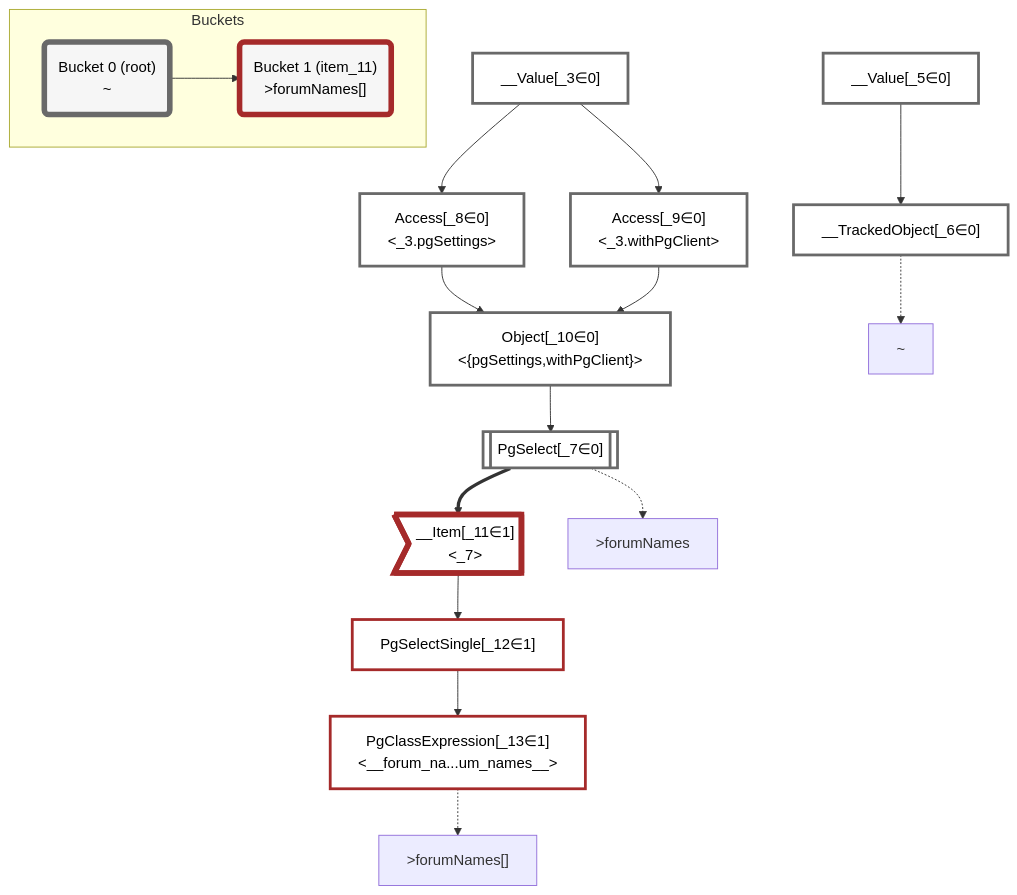
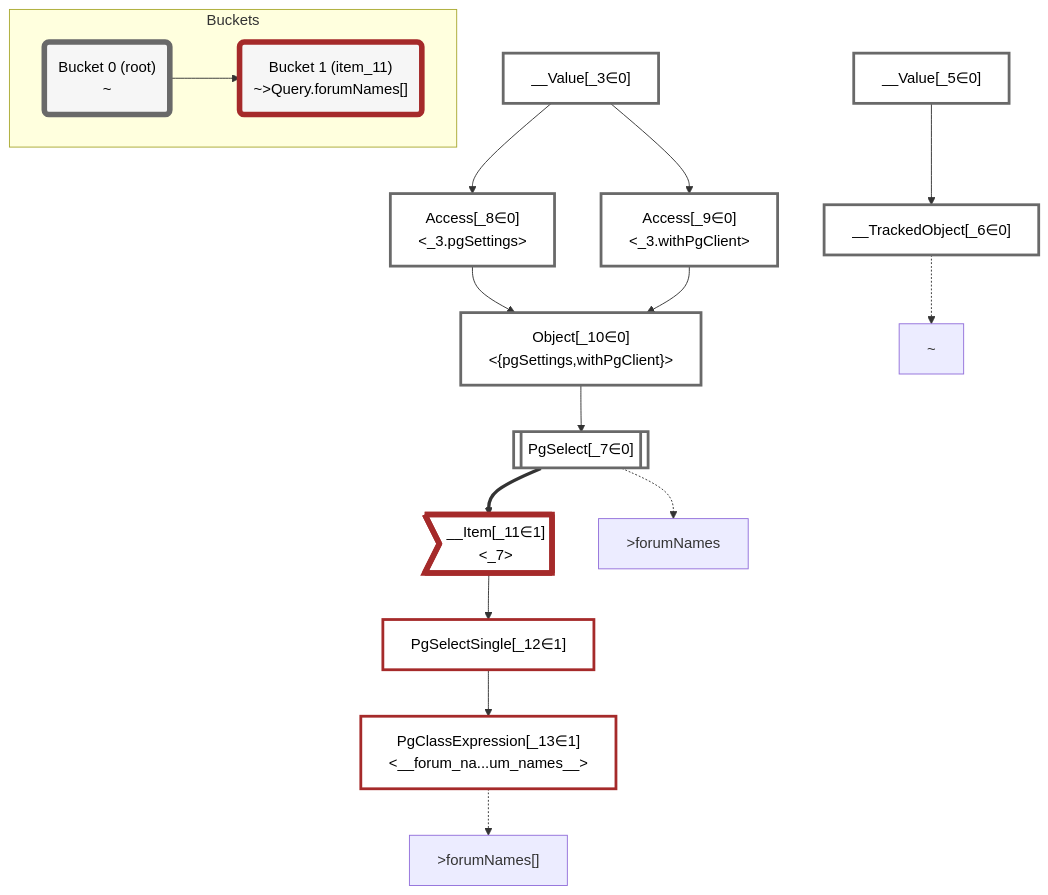
Before and after one commit to graphile/crystal: the diagram in packages/dataplan-pg/__tests__/queries/functions/custom-query-forum-names.deopt.mermaid.md, drawn with Mermaid. The commit also changed 141 other files, not shown here.

````diff
--- a/packages/dataplan-pg/__tests__/queries/functions/custom-query-forum-names.deopt.mermaid.md
+++ b/packages/dataplan-pg/__tests__/queries/functions/custom-query-forum-names.deopt.mermaid.md
@@ -1,54 +1,54 @@
 ```mermaid
 graph TD
     classDef path fill:#eee,stroke:#000,color:#000
     classDef plan fill:#fff,stroke-width:3px,color:#000
     classDef itemplan fill:#fff,stroke-width:6px,color:#000
     classDef sideeffectplan fill:#f00,stroke-width:6px,color:#000
     classDef bucket fill:#f6f6f6,color:#000,stroke-width:6px
 
 
     %% define plans
     __Value_3["__Value[_3∈0]<br /><context>"]:::plan
     __Value_5["__Value[_5∈0]<br /><rootValue>"]:::plan
     __TrackedObject_6["__TrackedObject[_6∈0]"]:::plan
     PgSelect_7[["PgSelect[_7∈0]<br /><forum_names>"]]:::plan
     Access_8["Access[_8∈0]<br /><_3.pgSettings>"]:::plan
     Access_9["Access[_9∈0]<br /><_3.withPgClient>"]:::plan
     Object_10["Object[_10∈0]<br /><{pgSettings,withPgClient}>"]:::plan
     __Item_11>"__Item[_11∈1]<br /><_7>"]:::itemplan
     PgSelectSingle_12["PgSelectSingle[_12∈1]<br /><text>"]:::plan
     PgClassExpression_13["PgClassExpression[_13∈1]<br /><__forum_na...um_names__>"]:::plan
 
     %% plan dependencies
     __Value_5 --> __TrackedObject_6
     Object_10 --> PgSelect_7
     __Value_3 --> Access_8
     __Value_3 --> Access_9
     Access_8 --> Object_10
     Access_9 --> Object_10
     PgSelect_7 ==> __Item_11
     __Item_11 --> PgSelectSingle_12
     PgSelectSingle_12 --> PgClassExpression_13
 
     %% plan-to-path relationships
     P1["~"]
     __TrackedObject_6 -.-> P1
     P2[">forumNames"]
     PgSelect_7 -.-> P2
     P3[">forumNames[]"]
     PgClassExpression_13 -.-> P3
 
     %% allocate buckets
     classDef bucket0 stroke:#696969
     class __Value_3,__Value_5,__TrackedObject_6,PgSelect_7,Access_8,Access_9,Object_10 bucket0
     classDef bucket1 stroke:#a52a2a
     class __Item_11,PgSelectSingle_12,PgClassExpression_13 bucket1
 
     subgraph Buckets
     Bucket0("Bucket 0 (root)<br />~"):::bucket
     style Bucket0 stroke:#696969
-    Bucket1("Bucket 1 (item_11)<br />>forumNames[]"):::bucket
+    Bucket1("Bucket 1 (item_11)<br />~>Query.forumNames[]"):::bucket
     style Bucket1 stroke:#a52a2a
     Bucket0 --> Bucket1
     end
 ```
````
